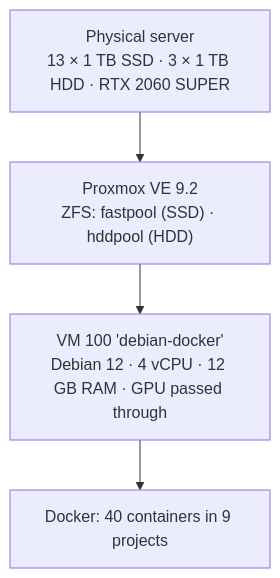
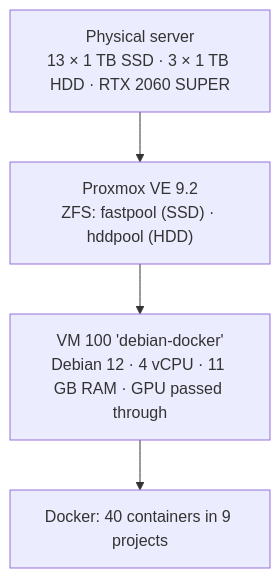
One commit to BigBoiToasty/homelab-docs changed the first of 2 diagrams in architecture/host-and-vm.md. Above: the diagram before and after it, drawn with Mermaid. The commit also changed other lines of this file and 7 other files, not shown here.

````diff
--- a/architecture/host-and-vm.md
+++ b/architecture/host-and-vm.md
@@ -7,8 +7,8 @@
 ```mermaid
 flowchart TB
     HW["Physical server<br/>13 × 1 TB SSD · 3 × 1 TB HDD · RTX 2060 SUPER"]
     PVE["Proxmox VE 9.2<br/>ZFS: fastpool (SSD) · hddpool (HDD)"]
-    VM["VM 100 'debian-docker'<br/>Debian 12 · 4 vCPU · 12 GB RAM · GPU passed through"]
+    VM["VM 100 'debian-docker'<br/>Debian 12 · 4 vCPU · 11 GB RAM · GPU passed through"]
     DK["Docker: 40 containers in 9 projects"]
     HW --> PVE --> VM --> DK
 ```
````
